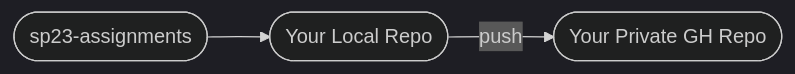
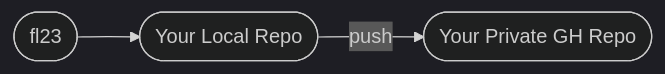
Before and after one commit to wustl-data/rooster-cogburn: the second of 3 diagrams in docs/dataops/env-setup.md, drawn with Mermaid (dark theme). The commit also changed other lines of this file, not shown here.

````diff
--- a/docs/dataops/env-setup.md
+++ b/docs/dataops/env-setup.md
@@ -34,5 +34,5 @@
     ```mermaid
     flowchart LR
-    template([sp23-assignments])--> local([Your Local Repo])
+    template([fl23])--> local([Your Local Repo])
     local-->|push| origin([Your Private GH Repo])
     ```
````
